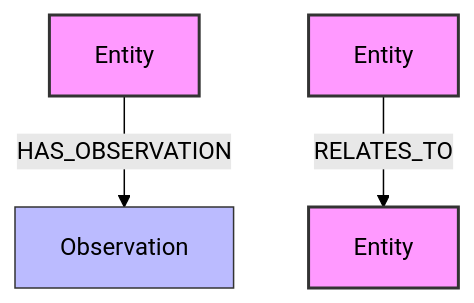
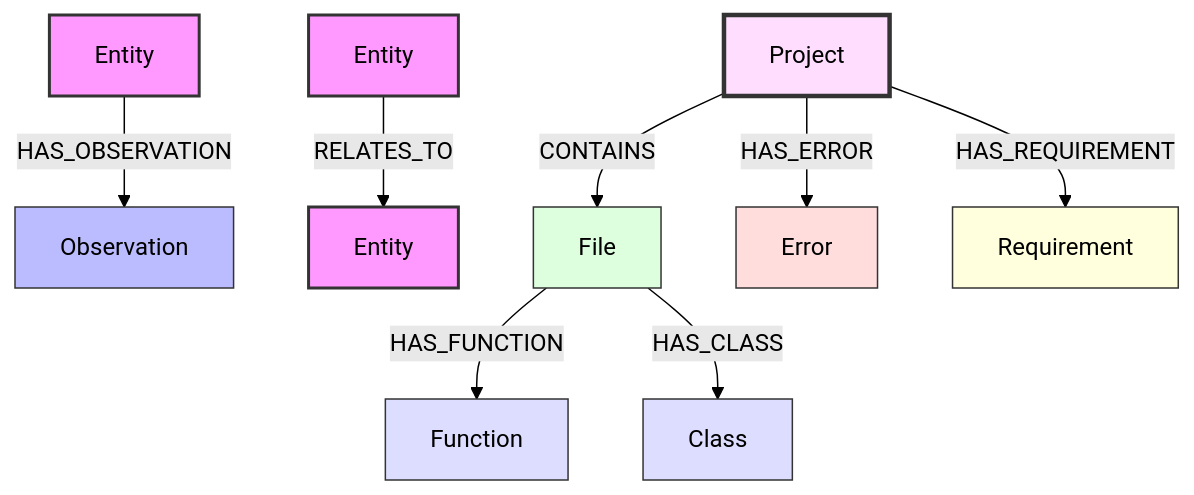
One commit to sylweriusz/mcp-neo4j-memory-server changed the diagram in README.md. Above: the diagram before and after it, drawn with Mermaid (forest theme). The commit also changed other lines of this file and 10 other files, not shown here.

````diff
--- a/README.md
+++ b/README.md
@@ -108,12 +147,26 @@
 ```mermaid
 graph TD
     E[Entity] -->|HAS_OBSERVATION| O[Observation]
     E1[Entity] -->|RELATES_TO| E2[Entity]
+    P[Project] -->|CONTAINS| F[File]
+    F -->|HAS_FUNCTION| Fn[Function]
+    F -->|HAS_CLASS| C[Class]
+    P -->|HAS_ERROR| Er[Error]
+    P -->|HAS_REQUIREMENT| R[Requirement]
 
     classDef entity fill:#f9f,stroke:#333,stroke-width:2px;
     classDef observation fill:#bbf,stroke:#333,stroke-width:1px;
-    classDef relationship fill:none,stroke:#333,stroke-width:1px,stroke-dasharray: 5 5;
+    classDef project fill:#fdf,stroke:#333,stroke-width:3px;
+    classDef file fill:#dfd,stroke:#333,stroke-width:1px;
+    classDef code fill:#ddf,stroke:#333,stroke-width:1px;
+    classDef error fill:#fdd,stroke:#333,stroke-width:1px;
+    classDef requirement fill:#ffd,stroke:#333,stroke-width:1px;
 
     class E,E1,E2 entity;
     class O observation;
+    class P project;
+    class F file;
+    class Fn,C code;
+    class Er error;
+    class R requirement;
 ```
````
